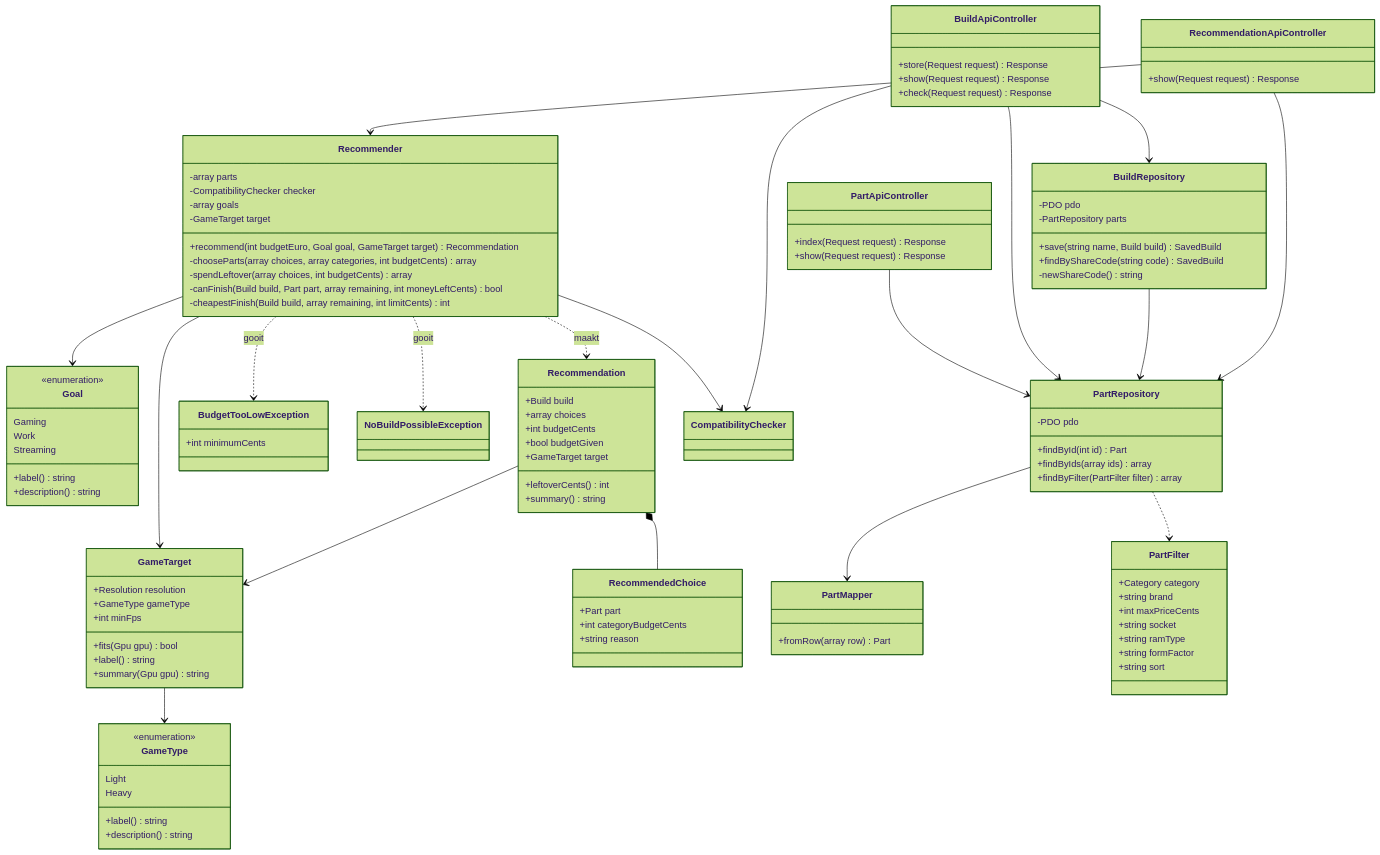
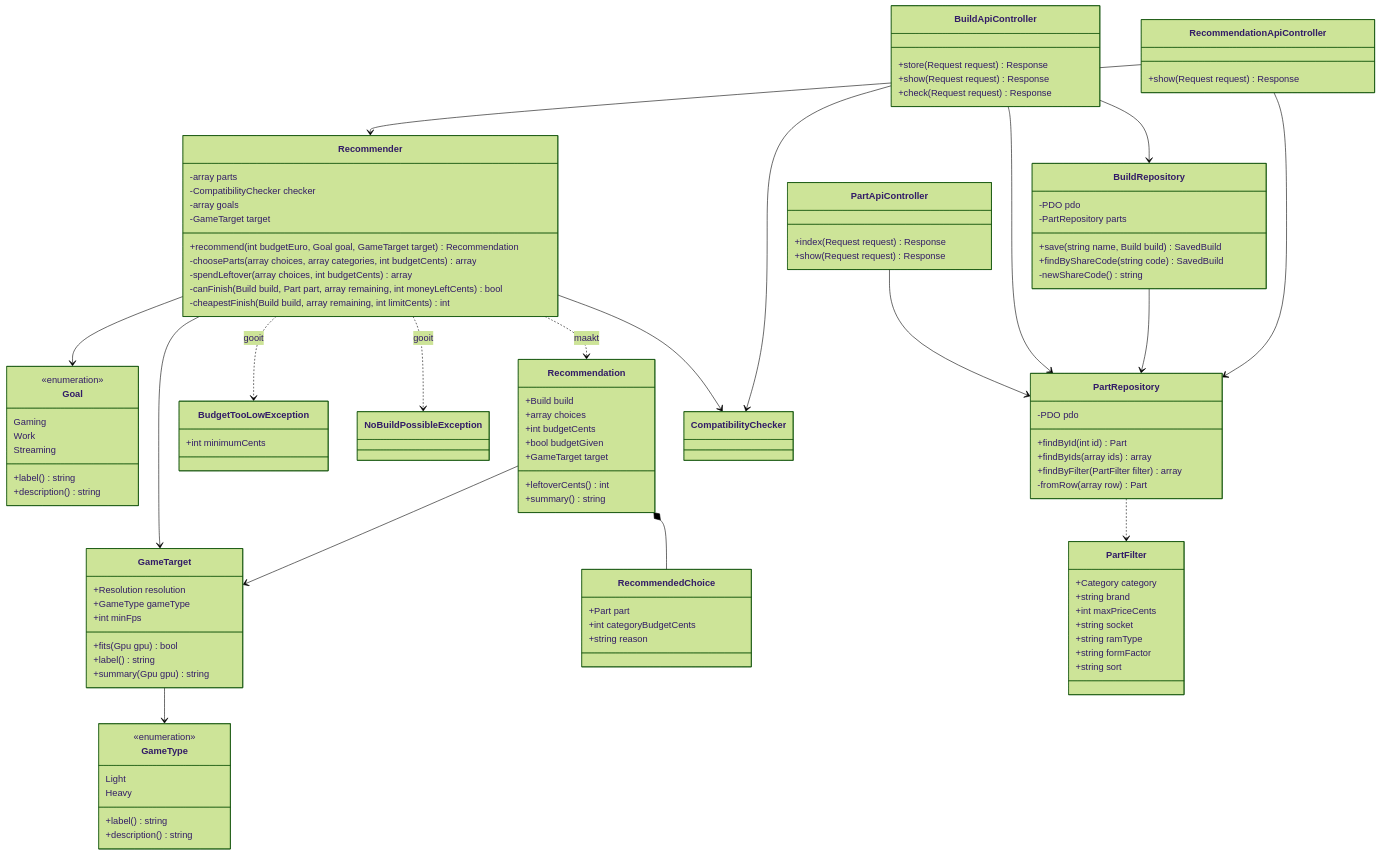
The sixth of 9 diagrams in docs/ontwerp.md (Niels023/pc-bouwplanner), drawn with Mermaid (forest theme) before and after one commit. The commit also changed other lines of this file and 3 other files, not shown here.

```diff
--- a/docs/ontwerp.md
+++ b/docs/ontwerp.md
@@ -485,9 +469,7 @@
         +findById(int id) Part
         +findByIds(array ids) array
         +findByFilter(PartFilter filter) array
-    }
-    class PartMapper {
-        +fromRow(array row) Part
+        -fromRow(array row) Part
     }
     class PartFilter {
         +Category category
@@ -528,7 +510,6 @@
     Recommendation *-- RecommendedChoice
     Recommendation --> GameTarget
     PartRepository ..> PartFilter
-    PartRepository --> PartMapper
     PartApiController --> PartRepository
     BuildApiController --> PartRepository
     BuildApiController --> BuildRepository
```
